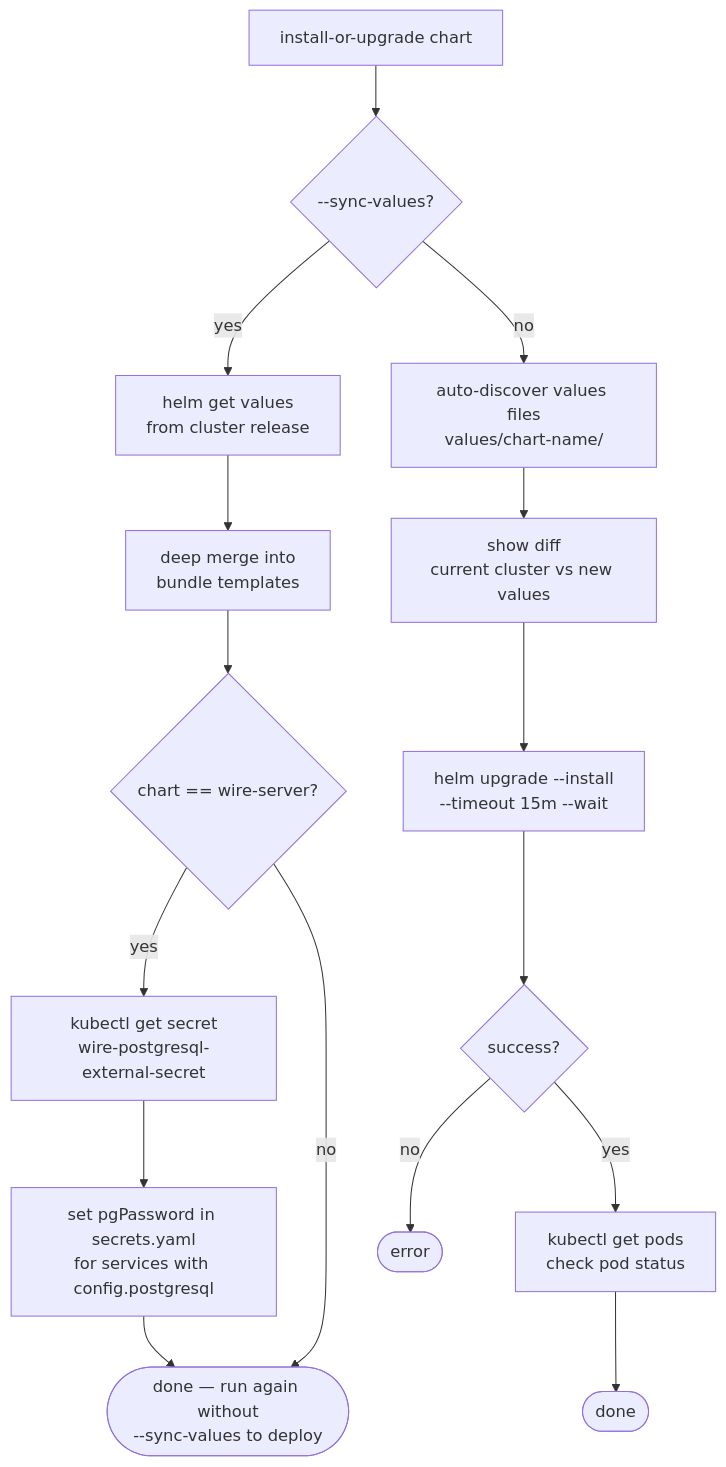
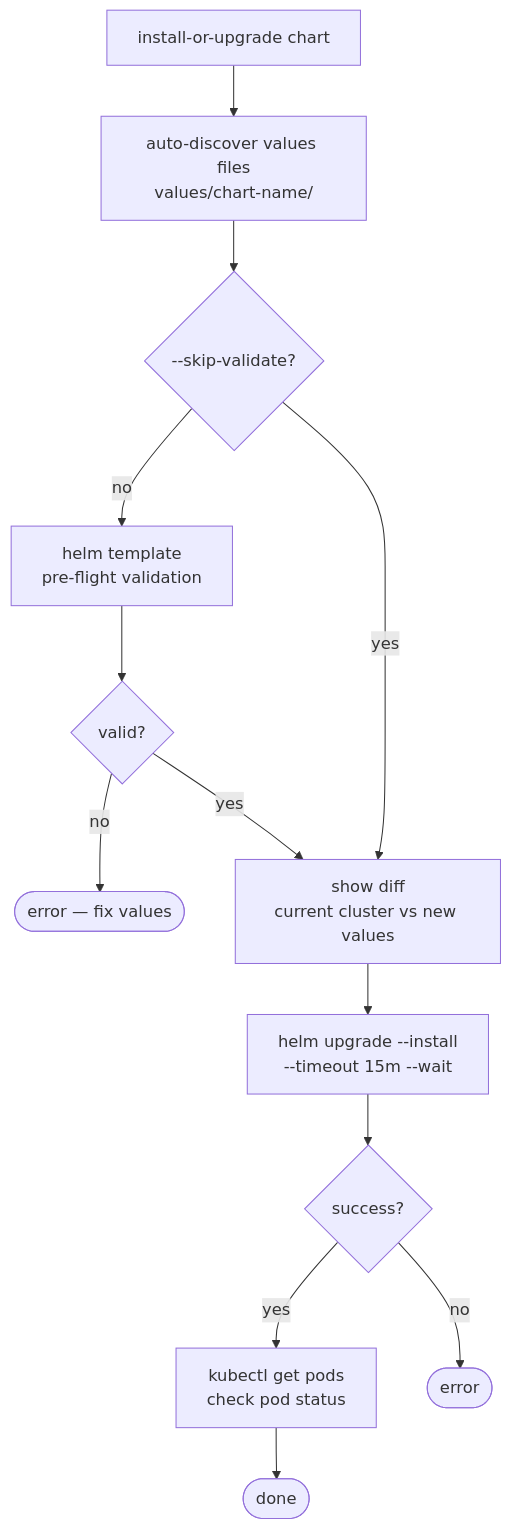
One commit to wireapp/wire-upgrade-tool changed the third of 5 diagrams in README.md. Above: the diagram before and after it, drawn with Mermaid. The commit also changed other lines of this file and 1 other file, not shown here.

First line of the commit message:
ci: auto-update README install URLs on release

````diff
--- a/README.md
+++ b/README.md
@@ -352,20 +391,15 @@
 ```mermaid
 flowchart TD
-    A[install-or-upgrade chart] --> B{--sync-values?}
-
-    B -->|yes| C[helm get values\nfrom cluster release]
-    C --> D[deep merge into\nbundle templates]
-    D --> E{chart == wire-server?}
-    E -->|yes| F[kubectl get secret\nwire-postgresql-external-secret]
-    F --> G[set pgPassword in secrets.yaml\nfor services with config.postgresql]
-    G --> Z([done — run again without\n--sync-values to deploy])
-    E -->|no| Z
-
-    B -->|no| H[auto-discover values files\nvalues/chart-name/]
-    H --> I[show diff\ncurrent cluster vs new values]
-    I --> J[helm upgrade --install\n--timeout 15m --wait]
-    J --> K{success?}
-    K -->|yes| L[kubectl get pods\ncheck pod status]
-    L --> M([done])
-    K -->|no| N([error])
+    A[install-or-upgrade chart] --> B[auto-discover values files\nvalues/chart-name/]
+    B --> C{--skip-validate?}
+    C -->|no| D[helm template\npre-flight validation]
+    D --> E{valid?}
+    E -->|no| ERR([error — fix values])
+    E -->|yes| F[show diff\ncurrent cluster vs new values]
+    C -->|yes| F
+    F --> G[helm upgrade --install\n--timeout 15m --wait]
+    G --> H{success?}
+    H -->|yes| I[kubectl get pods\ncheck pod status]
+    I --> J([done])
+    H -->|no| K([error])
 ```
````
